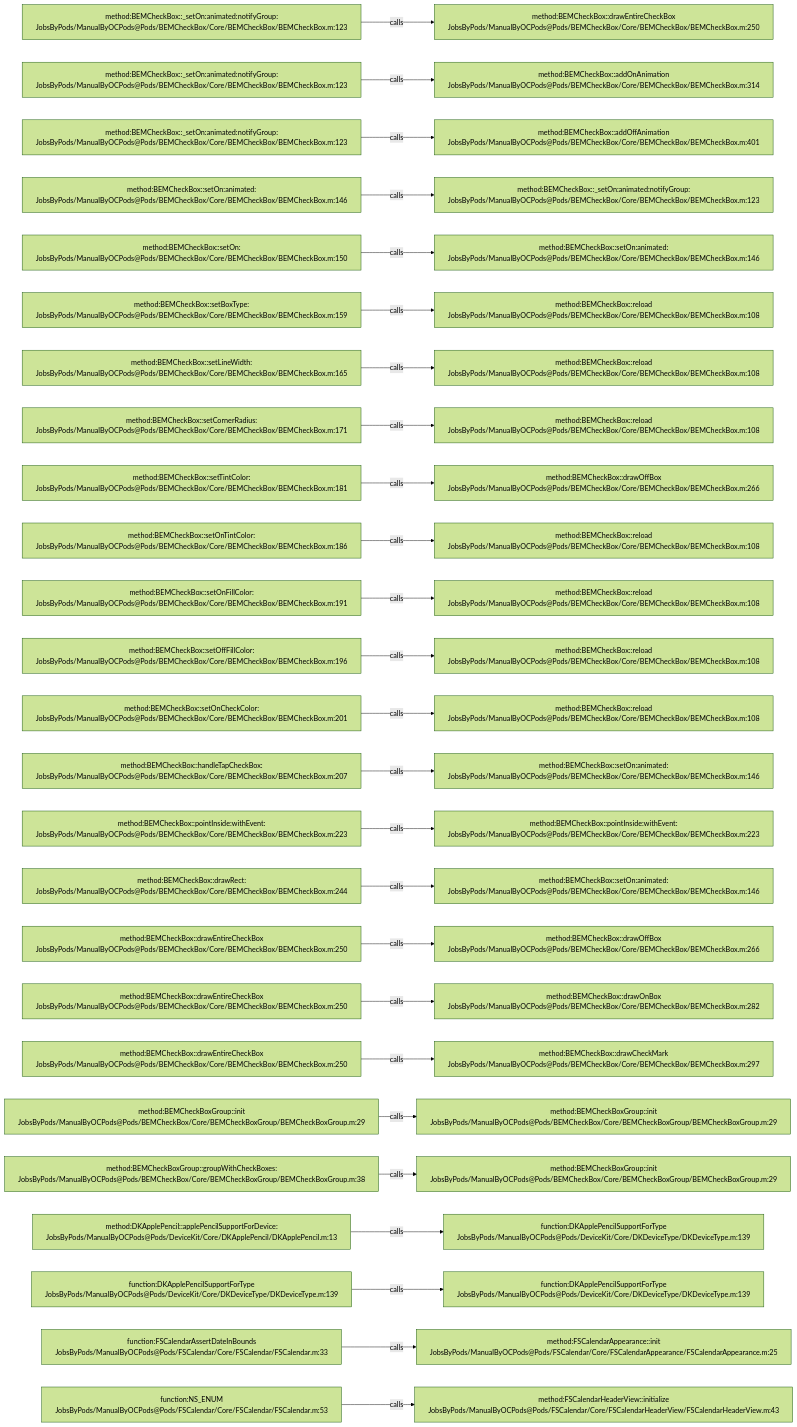
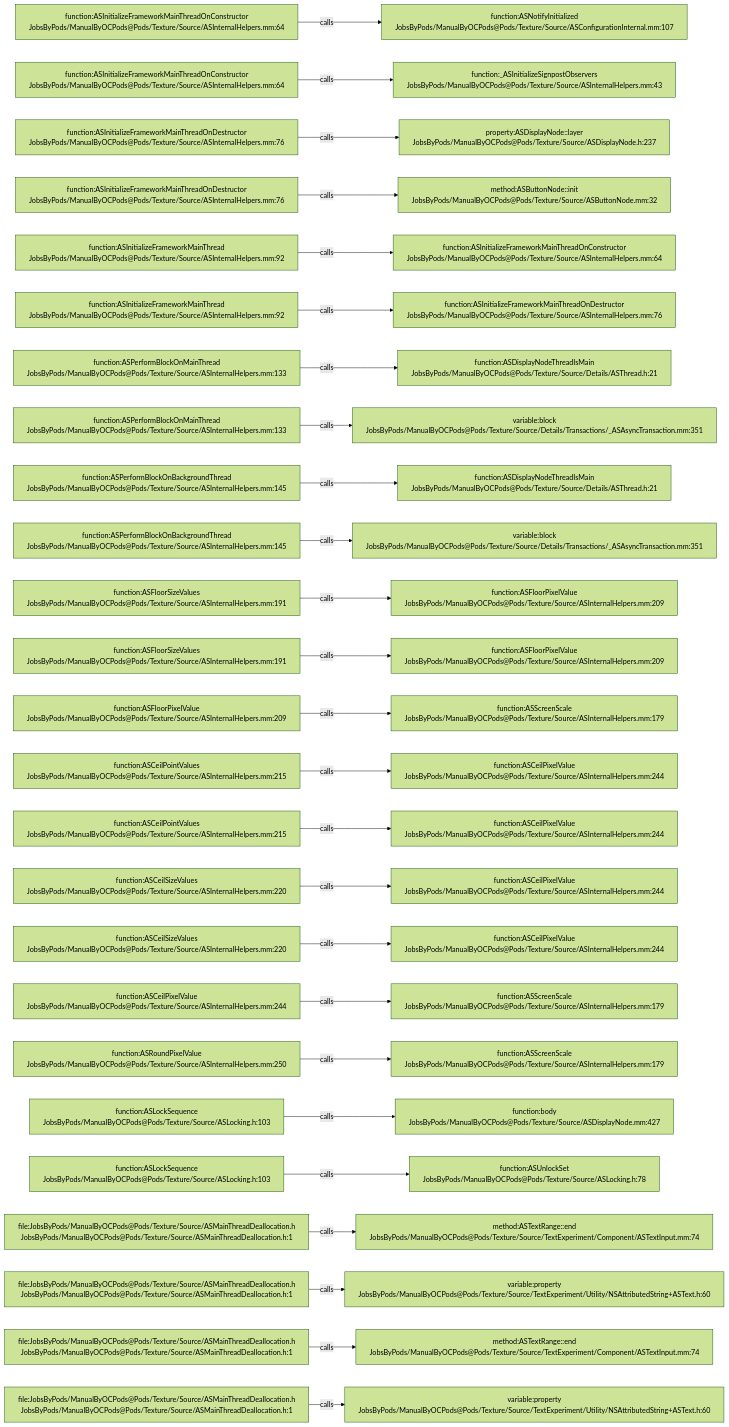
One commit to JobsKits/JobsOCBaseConfigDemo changed the diagram in .codegraph/codegraph.md/graphs/calls-119.md. Above: the diagram before and after it, drawn with Mermaid (forest theme). The commit also changed 2162 other files, not shown here.

````diff
--- a/.codegraph/codegraph.md/graphs/calls-119.md
+++ b/.codegraph/codegraph.md/graphs/calls-119.md
@@ -13,78 +13,78 @@
 ```mermaid
 flowchart LR
-  S1["method:BEMCheckBox::_setOn:animated:notifyGroup:<br/>JobsByPods/ManualByOCPods@Pods/BEMCheckBox/Core/BEMCheckBox/BEMCheckBox.m:123"]
-  T1["method:BEMCheckBox::drawEntireCheckBox<br/>JobsByPods/ManualByOCPods@Pods/BEMCheckBox/Core/BEMCheckBox/BEMCheckBox.m:250"]
+  S1["function:ASInitializeFrameworkMainThreadOnConstructor<br/>JobsByPods/ManualByOCPods@Pods/Texture/Source/ASInternalHelpers.mm:64"]
+  T1["function:ASNotifyInitialized<br/>JobsByPods/ManualByOCPods@Pods/Texture/Source/ASConfigurationInternal.mm:107"]
   S1 -->|calls| T1
-  S2["method:BEMCheckBox::_setOn:animated:notifyGroup:<br/>JobsByPods/ManualByOCPods@Pods/BEMCheckBox/Core/BEMCheckBox/BEMCheckBox.m:123"]
-  T2["method:BEMCheckBox::addOnAnimation<br/>JobsByPods/ManualByOCPods@Pods/BEMCheckBox/Core/BEMCheckBox/BEMCheckBox.m:314"]
+  S2["function:ASInitializeFrameworkMainThreadOnConstructor<br/>JobsByPods/ManualByOCPods@Pods/Texture/Source/ASInternalHelpers.mm:64"]
+  T2["function:_ASInitializeSignpostObservers<br/>JobsByPods/ManualByOCPods@Pods/Texture/Source/ASInternalHelpers.mm:43"]
   S2 -->|calls| T2
-  S3["method:BEMCheckBox::_setOn:animated:notifyGroup:<br/>JobsByPods/ManualByOCPods@Pods/BEMCheckBox/Core/BEMCheckBox/BEMCheckBox.m:123"]
-  T3["method:BEMCheckBox::addOffAnimation<br/>JobsByPods/ManualByOCPods@Pods/BEMCheckBox/Core/BEMCheckBox/BEMCheckBox.m:401"]
+  S3["function:ASInitializeFrameworkMainThreadOnDestructor<br/>JobsByPods/ManualByOCPods@Pods/Texture/Source/ASInternalHelpers.mm:76"]
+  T3["property:ASDisplayNode::layer<br/>JobsByPods/ManualByOCPods@Pods/Texture/Source/ASDisplayNode.h:237"]
   S3 -->|calls| T3
-  S4["method:BEMCheckBox::setOn:animated:<br/>JobsByPods/ManualByOCPods@Pods/BEMCheckBox/Core/BEMCheckBox/BEMCheckBox.m:146"]
-  T4["method:BEMCheckBox::_setOn:animated:notifyGroup:<br/>JobsByPods/ManualByOCPods@Pods/BEMCheckBox/Core/BEMCheckBox/BEMCheckBox.m:123"]
+  S4["function:ASInitializeFrameworkMainThreadOnDestructor<br/>JobsByPods/ManualByOCPods@Pods/Texture/Source/ASInternalHelpers.mm:76"]
+  T4["method:ASButtonNode::init<br/>JobsByPods/ManualByOCPods@Pods/Texture/Source/ASButtonNode.mm:32"]
   S4 -->|calls| T4
-  S5["method:BEMCheckBox::setOn:<br/>JobsByPods/ManualByOCPods@Pods/BEMCheckBox/Core/BEMCheckBox/BEMCheckBox.m:150"]
-  T5["method:BEMCheckBox::setOn:animated:<br/>JobsByPods/ManualByOCPods@Pods/BEMCheckBox/Core/BEMCheckBox/BEMCheckBox.m:146"]
+  S5["function:ASInitializeFrameworkMainThread<br/>JobsByPods/ManualByOCPods@Pods/Texture/Source/ASInternalHelpers.mm:92"]
+  T5["function:ASInitializeFrameworkMainThreadOnConstructor<br/>JobsByPods/ManualByOCPods@Pods/Texture/Source/ASInternalHelpers.mm:64"]
   S5 -->|calls| T5
-  S6["method:BEMCheckBox::setBoxType:<br/>JobsByPods/ManualByOCPods@Pods/BEMCheckBox/Core/BEMCheckBox/BEMCheckBox.m:159"]
-  T6["method:BEMCheckBox::reload<br/>JobsByPods/ManualByOCPods@Pods/BEMCheckBox/Core/BEMCheckBox/BEMCheckBox.m:108"]
+  S6["function:ASInitializeFrameworkMainThread<br/>JobsByPods/ManualByOCPods@Pods/Texture/Source/ASInternalHelpers.mm:92"]
+  T6["function:ASInitializeFrameworkMainThreadOnDestructor<br/>JobsByPods/ManualByOCPods@Pods/Texture/Source/ASInternalHelpers.mm:76"]
   S6 -->|calls| T6
-  S7["method:BEMCheckBox::setLineWidth:<br/>JobsByPods/ManualByOCPods@Pods/BEMCheckBox/Core/BEMCheckBox/BEMCheckBox.m:165"]
-  T7["method:BEMCheckBox::reload<br/>JobsByPods/ManualByOCPods@Pods/BEMCheckBox/Core/BEMCheckBox/BEMCheckBox.m:108"]
+  S7["function:ASPerformBlockOnMainThread<br/>JobsByPods/ManualByOCPods@Pods/Texture/Source/ASInternalHelpers.mm:133"]
+  T7["function:ASDisplayNodeThreadIsMain<br/>JobsByPods/ManualByOCPods@Pods/Texture/Source/Details/ASThread.h:21"]
   S7 -->|calls| T7
-  S8["method:BEMCheckBox::setCornerRadius:<br/>JobsByPods/ManualByOCPods@Pods/BEMCheckBox/Core/BEMCheckBox/BEMCheckBox.m:171"]
-  T8["method:BEMCheckBox::reload<br/>JobsByPods/ManualByOCPods@Pods/BEMCheckBox/Core/BEMCheckBox/BEMCheckBox.m:108"]
+  S8["function:ASPerformBlockOnMainThread<br/>JobsByPods/ManualByOCPods@Pods/Texture/Source/ASInternalHelpers.mm:133"]
+  T8["variable:block<br/>JobsByPods/ManualByOCPods@Pods/Texture/Source/Details/Transactions/_ASAsyncTransaction.mm:351"]
   S8 -->|calls| T8
-  S9["method:BEMCheckBox::setTintColor:<br/>JobsByPods/ManualByOCPods@Pods/BEMCheckBox/Core/BEMCheckBox/BEMCheckBox.m:181"]
-  T9["method:BEMCheckBox::drawOffBox<br/>JobsByPods/ManualByOCPods@Pods/BEMCheckBox/Core/BEMCheckBox/BEMCheckBox.m:266"]
+  S9["function:ASPerformBlockOnBackgroundThread<br/>JobsByPods/ManualByOCPods@Pods/Texture/Source/ASInternalHelpers.mm:145"]
+  T9["function:ASDisplayNodeThreadIsMain<br/>JobsByPods/ManualByOCPods@Pods/Texture/Source/Details/ASThread.h:21"]
   S9 -->|calls| T9
-  S10["method:BEMCheckBox::setOnTintColor:<br/>JobsByPods/ManualByOCPods@Pods/BEMCheckBox/Core/BEMCheckBox/BEMCheckBox.m:186"]
-  T10["method:BEMCheckBox::reload<br/>JobsByPods/ManualByOCPods@Pods/BEMCheckBox/Core/BEMCheckBox/BEMCheckBox.m:108"]
+  S10["function:ASPerformBlockOnBackgroundThread<br/>JobsByPods/ManualByOCPods@Pods/Texture/Source/ASInternalHelpers.mm:145"]
+  T10["variable:block<br/>JobsByPods/ManualByOCPods@Pods/Texture/Source/Details/Transactions/_ASAsyncTransaction.mm:351"]
   S10 -->|calls| T10
-  S11["method:BEMCheckBox::setOnFillColor:<br/>JobsByPods/ManualByOCPods@Pods/BEMCheckBox/Core/BEMCheckBox/BEMCheckBox.m:191"]
-  T11["method:BEMCheckBox::reload<br/>JobsByPods/ManualByOCPods@Pods/BEMCheckBox/Core/BEMCheckBox/BEMCheckBox.m:108"]
+  S11["function:ASFloorSizeValues<br/>JobsByPods/ManualByOCPods@Pods/Texture/Source/ASInternalHelpers.mm:191"]
+  T11["function:ASFloorPixelValue<br/>JobsByPods/ManualByOCPods@Pods/Texture/Source/ASInternalHelpers.mm:209"]
   S11 -->|calls| T11
-  S12["method:BEMCheckBox::setOffFillColor:<br/>JobsByPods/ManualByOCPods@Pods/BEMCheckBox/Core/BEMCheckBox/BEMCheckBox.m:196"]
-  T12["method:BEMCheckBox::reload<br/>JobsByPods/ManualByOCPods@Pods/BEMCheckBox/Core/BEMCheckBox/BEMCheckBox.m:108"]
+  S12["function:ASFloorSizeValues<br/>JobsByPods/ManualByOCPods@Pods/Texture/Source/ASInternalHelpers.mm:191"]
+  T12["function:ASFloorPixelValue<br/>JobsByPods/ManualByOCPods@Pods/Texture/Source/ASInternalHelpers.mm:209"]
   S12 -->|calls| T12
-  S13["method:BEMCheckBox::setOnCheckColor:<br/>JobsByPods/ManualByOCPods@Pods/BEMCheckBox/Core/BEMCheckBox/BEMCheckBox.m:201"]
-  T13["method:BEMCheckBox::reload<br/>JobsByPods/ManualByOCPods@Pods/BEMCheckBox/Core/BEMCheckBox/BEMCheckBox.m:108"]
+  S13["function:ASFloorPixelValue<br/>JobsByPods/ManualByOCPods@Pods/Texture/Source/ASInternalHelpers.mm:209"]
+  T13["function:ASScreenScale<br/>JobsByPods/ManualByOCPods@Pods/Texture/Source/ASInternalHelpers.mm:179"]
   S13 -->|calls| T13
-  S14["method:BEMCheckBox::handleTapCheckBox:<br/>JobsByPods/ManualByOCPods@Pods/BEMCheckBox/Core/BEMCheckBox/BEMCheckBox.m:207"]
-  T14["method:BEMCheckBox::setOn:animated:<br/>JobsByPods/ManualByOCPods@Pods/BEMCheckBox/Core/BEMCheckBox/BEMCheckBox.m:146"]
+  S14["function:ASCeilPointValues<br/>JobsByPods/ManualByOCPods@Pods/Texture/Source/ASInternalHelpers.mm:215"]
+  T14["function:ASCeilPixelValue<br/>JobsByPods/ManualByOCPods@Pods/Texture/Source/ASInternalHelpers.mm:244"]
   S14 -->|calls| T14
-  S15["method:BEMCheckBox::pointInside:withEvent:<br/>JobsByPods/ManualByOCPods@Pods/BEMCheckBox/Core/BEMCheckBox/BEMCheckBox.m:223"]
-  T15["method:BEMCheckBox::pointInside:withEvent:<br/>JobsByPods/ManualByOCPods@Pods/BEMCheckBox/Core/BEMCheckBox/BEMCheckBox.m:223"]
+  S15["function:ASCeilPointValues<br/>JobsByPods/ManualByOCPods@Pods/Texture/Source/ASInternalHelpers.mm:215"]
+  T15["function:ASCeilPixelValue<br/>JobsByPods/ManualByOCPods@Pods/Texture/Source/ASInternalHelpers.mm:244"]
   S15 -->|calls| T15
-  S16["method:BEMCheckBox::drawRect:<br/>JobsByPods/ManualByOCPods@Pods/BEMCheckBox/Core/BEMCheckBox/BEMCheckBox.m:244"]
-  T16["method:BEMCheckBox::setOn:animated:<br/>JobsByPods/ManualByOCPods@Pods/BEMCheckBox/Core/BEMCheckBox/BEMCheckBox.m:146"]
+  S16["function:ASCeilSizeValues<br/>JobsByPods/ManualByOCPods@Pods/Texture/Source/ASInternalHelpers.mm:220"]
+  T16["function:ASCeilPixelValue<br/>JobsByPods/ManualByOCPods@Pods/Texture/Source/ASInternalHelpers.mm:244"]
   S16 -->|calls| T16
-  S17["method:BEMCheckBox::drawEntireCheckBox<br/>JobsByPods/ManualByOCPods@Pods/BEMCheckBox/Core/BEMCheckBox/BEMCheckBox.m:250"]
-  T17["method:BEMCheckBox::drawOffBox<br/>JobsByPods/ManualByOCPods@Pods/BEMCheckBox/Core/BEMCheckBox/BEMCheckBox.m:266"]
+  S17["function:ASCeilSizeValues<br/>JobsByPods/ManualByOCPods@Pods/Texture/Source/ASInternalHelpers.mm:220"]
+  T17["function:ASCeilPixelValue<br/>JobsByPods/ManualByOCPods@Pods/Texture/Source/ASInternalHelpers.mm:244"]
   S17 -->|calls| T17
-  S18["method:BEMCheckBox::drawEntireCheckBox<br/>JobsByPods/ManualByOCPods@Pods/BEMCheckBox/Core/BEMCheckBox/BEMCheckBox.m:250"]
-  T18["method:BEMCheckBox::drawOnBox<br/>JobsByPods/ManualByOCPods@Pods/BEMCheckBox/Core/BEMCheckBox/BEMCheckBox.m:282"]
+  S18["function:ASCeilPixelValue<br/>JobsByPods/ManualByOCPods@Pods/Texture/Source/ASInternalHelpers.mm:244"]
+  T18["function:ASScreenScale<br/>JobsByPods/ManualByOCPods@Pods/Texture/Source/ASInternalHelpers.mm:179"]
   S18 -->|calls| T18
-  S19["method:BEMCheckBox::drawEntireCheckBox<br/>JobsByPods/ManualByOCPods@Pods/BEMCheckBox/Core/BEMCheckBox/BEMCheckBox.m:250"]
-  T19["method:BEMCheckBox::drawCheckMark<br/>JobsByPods/ManualByOCPods@Pods/BEMCheckBox/Core/BEMCheckBox/BEMCheckBox.m:297"]
+  S19["function:ASRoundPixelValue<br/>JobsByPods/ManualByOCPods@Pods/Texture/Source/ASInternalHelpers.mm:250"]
+  T19["function:ASScreenScale<br/>JobsByPods/ManualByOCPods@Pods/Texture/Source/ASInternalHelpers.mm:179"]
   S19 -->|calls| T19
-  S20["method:BEMCheckBoxGroup::init<br/>JobsByPods/ManualByOCPods@Pods/BEMCheckBox/Core/BEMCheckBoxGroup/BEMCheckBoxGroup.m:29"]
-  T20["method:BEMCheckBoxGroup::init<br/>JobsByPods/ManualByOCPods@Pods/BEMCheckBox/Core/BEMCheckBoxGroup/BEMCheckBoxGroup.m:29"]
+  S20["function:ASLockSequence<br/>JobsByPods/ManualByOCPods@Pods/Texture/Source/ASLocking.h:103"]
+  T20["function:body<br/>JobsByPods/ManualByOCPods@Pods/Texture/Source/ASDisplayNode.mm:427"]
   S20 -->|calls| T20
-  S21["method:BEMCheckBoxGroup::groupWithCheckBoxes:<br/>JobsByPods/ManualByOCPods@Pods/BEMCheckBox/Core/BEMCheckBoxGroup/BEMCheckBoxGroup.m:38"]
-  T21["method:BEMCheckBoxGroup::init<br/>JobsByPods/ManualByOCPods@Pods/BEMCheckBox/Core/BEMCheckBoxGroup/BEMCheckBoxGroup.m:29"]
+  S21["function:ASLockSequence<br/>JobsByPods/ManualByOCPods@Pods/Texture/Source/ASLocking.h:103"]
+  T21["function:ASUnlockSet<br/>JobsByPods/ManualByOCPods@Pods/Texture/Source/ASLocking.h:78"]
   S21 -->|calls| T21
-  S22["method:DKApplePencil::applePencilSupportForDevice:<br/>JobsByPods/ManualByOCPods@Pods/DeviceKit/Core/DKApplePencil/DKApplePencil.m:13"]
-  T22["function:DKApplePencilSupportForType<br/>JobsByPods/ManualByOCPods@Pods/DeviceKit/Core/DKDeviceType/DKDeviceType.m:139"]
+  S22["file:JobsByPods/ManualByOCPods@Pods/Texture/Source/ASMainThreadDeallocation.h<br/>JobsByPods/ManualByOCPods@Pods/Texture/Source/ASMainThreadDeallocation.h:1"]
+  T22["method:ASTextRange::end<br/>JobsByPods/ManualByOCPods@Pods/Texture/Source/TextExperiment/Component/ASTextInput.mm:74"]
   S22 -->|calls| T22
-  S23["function:DKApplePencilSupportForType<br/>JobsByPods/ManualByOCPods@Pods/DeviceKit/Core/DKDeviceType/DKDeviceType.m:139"]
-  T23["function:DKApplePencilSupportForType<br/>JobsByPods/ManualByOCPods@Pods/DeviceKit/Core/DKDeviceType/DKDeviceType.m:139"]
+  S23["file:JobsByPods/ManualByOCPods@Pods/Texture/Source/ASMainThreadDeallocation.h<br/>JobsByPods/ManualByOCPods@Pods/Texture/Source/ASMainThreadDeallocation.h:1"]
+  T23["variable:property<br/>JobsByPods/ManualByOCPods@Pods/Texture/Source/TextExperiment/Utility/NSAttributedString+ASText.h:60"]
   S23 -->|calls| T23
-  S24["function:FSCalendarAssertDateInBounds<br/>JobsByPods/ManualByOCPods@Pods/FSCalendar/Core/FSCalendar/FSCalendar.m:33"]
-  T24["method:FSCalendarAppearance::init<br/>JobsByPods/ManualByOCPods@Pods/FSCalendar/Core/FSCalendarAppearance/FSCalendarAppearance.m:25"]
+  S24["file:JobsByPods/ManualByOCPods@Pods/Texture/Source/ASMainThreadDeallocation.h<br/>JobsByPods/ManualByOCPods@Pods/Texture/Source/ASMainThreadDeallocation.h:1"]
+  T24["method:ASTextRange::end<br/>JobsByPods/ManualByOCPods@Pods/Texture/Source/TextExperiment/Component/ASTextInput.mm:74"]
   S24 -->|calls| T24
-  S25["function:NS_ENUM<br/>JobsByPods/ManualByOCPods@Pods/FSCalendar/Core/FSCalendar/FSCalendar.m:53"]
-  T25["method:FSCalendarHeaderView::initialize<br/>JobsByPods/ManualByOCPods@Pods/FSCalendar/Core/FSCalendarHeaderView/FSCalendarHeaderView.m:43"]
+  S25["file:JobsByPods/ManualByOCPods@Pods/Texture/Source/ASMainThreadDeallocation.h<br/>JobsByPods/ManualByOCPods@Pods/Texture/Source/ASMainThreadDeallocation.h:1"]
+  T25["variable:property<br/>JobsByPods/ManualByOCPods@Pods/Texture/Source/TextExperiment/Utility/NSAttributedString+ASText.h:60"]
   S25 -->|calls| T25
 ```
````
